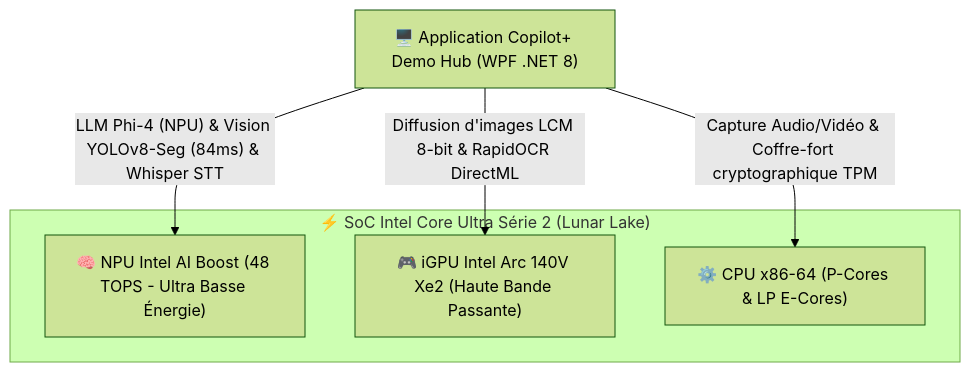
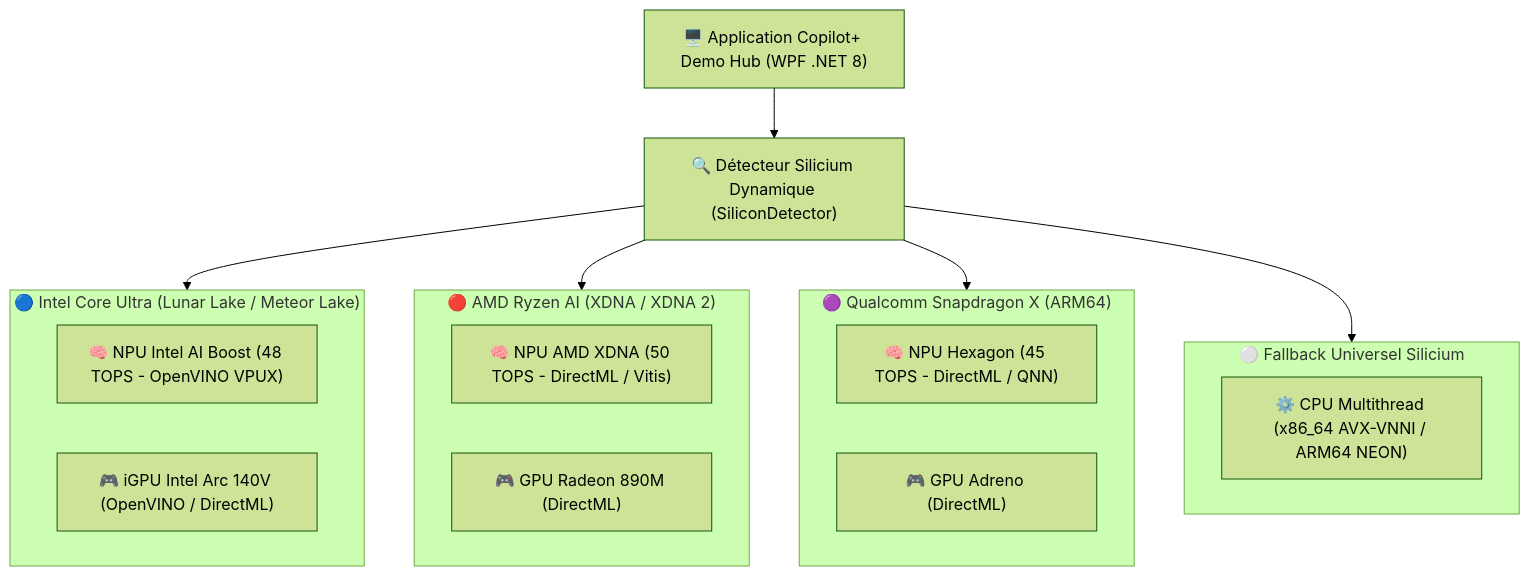
One commit to JuGhithub/CopilotPlusDemoHub changed the first of 2 diagrams in README.md. Above: the diagram before and after it, drawn with Mermaid (forest theme). The commit also changed other lines of this file and 19 other files, not shown here.

Commit message:
feat: Add universal multi-vendor support for Intel, AMD, and Qualcomm Copilot+ PCs

````diff
--- a/README.md
+++ b/README.md
@@ -19,14 +23,30 @@
 ```mermaid
 flowchart TD
     App["🖥️ Application Copilot+ Demo Hub (WPF .NET 8)"]
+    Detect["🔍 Détecteur Silicium Dynamique (SiliconDetector)"]
+    App --> Detect
     
-    subgraph SoC["⚡ SoC Intel Core Ultra Série 2 (Lunar Lake)"]
-        NPU["🧠 NPU Intel AI Boost (48 TOPS - Ultra Basse Énergie)"]
-        GPU["🎮 iGPU Intel Arc 140V Xe2 (Haute Bande Passante)"]
-        CPU["⚙️ CPU x86-64 (P-Cores & LP E-Cores)"]
+    subgraph Intel["🔵 Intel Core Ultra (Lunar Lake / Meteor Lake)"]
+        IntelNPU["🧠 NPU Intel AI Boost (48 TOPS - OpenVINO VPUX)"]
+        IntelGPU["🎮 iGPU Intel Arc 140V (OpenVINO / DirectML)"]
     end
     
-    App -->|"LLM Phi-4 (NPU) & Vision YOLOv8-Seg (84ms) & Whisper STT"| NPU
-    App -->|"Diffusion d'images LCM 8-bit & RapidOCR DirectML"| GPU
-    App -->|"Capture Audio/Vidéo & Coffre-fort cryptographique TPM"| CPU
+    subgraph AMD["🔴 AMD Ryzen AI (XDNA / XDNA 2)"]
+        AmdNPU["🧠 NPU AMD XDNA (50 TOPS - DirectML / Vitis)"]
+        AmdGPU["🎮 GPU Radeon 890M (DirectML)"]
+    end
+    
+    subgraph Qualcomm["🟣 Qualcomm Snapdragon X (ARM64)"]
+        QcomNPU["🧠 NPU Hexagon (45 TOPS - DirectML / QNN)"]
+        QcomGPU["🎮 GPU Adreno (DirectML)"]
+    end
+    
+    subgraph Universal["⚪ Fallback Universel Silicium"]
+        UnivCPU["⚙️ CPU Multithread (x86_64 AVX-VNNI / ARM64 NEON)"]
+    end
+    
+    Detect --> Intel
+    Detect --> AMD
+    Detect --> Qualcomm
+    Detect --> Universal
 ```
````
